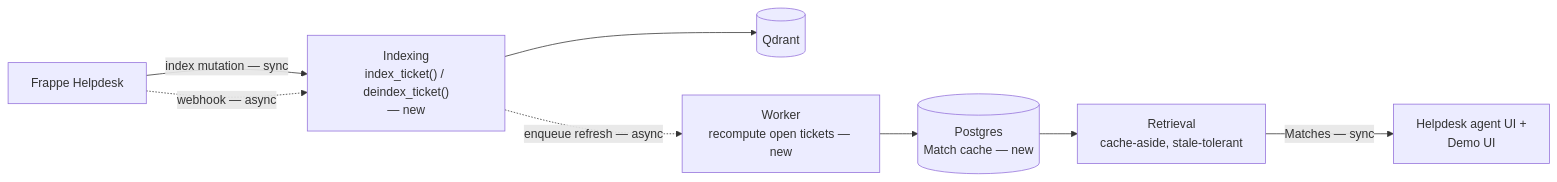
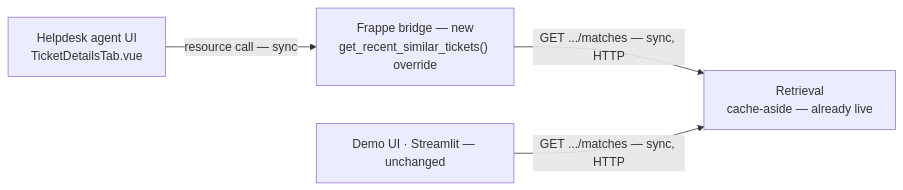
The diagram in docs/PROPOSED_ARCHITECTURE.md (arunjoyt/ticket-match-rag), drawn with Mermaid before and after one commit. The commit also changed other lines of this file and 3 other files, not shown here.

First line of the commit message:
Sync architecture docs to the implemented background-compute design

````diff
--- a/docs/PROPOSED_ARCHITECTURE.md
+++ b/docs/PROPOSED_ARCHITECTURE.md
@@ -11,10 +9,6 @@
 ```mermaid
 flowchart LR
-    HD["Frappe Helpdesk"] -->|"index mutation — sync"| IDX["Indexing<br/>index_ticket() / deindex_ticket()<br/>— new"]
-    HD -. "webhook — async" .-> IDX
-    IDX --> VS[("Qdrant")]
-    IDX -. "enqueue refresh — async" .-> WORKER["Worker<br/>recompute open tickets — new"]
-    WORKER --> PG[("Postgres<br/>Match cache — new")]
-    PG --> API["Retrieval<br/>cache-aside, stale-tolerant"]
-    API -->|"Matches — sync"| CONSUMERS["Helpdesk agent UI +<br/>Demo UI"]
+    HDUI["Helpdesk agent UI<br/>TicketDetailsTab.vue"] -->|"resource call — sync"| OVERRIDE["Frappe bridge — new<br/>get_recent_similar_tickets() override"]
+    OVERRIDE -->|"GET .../matches — sync, HTTP"| API["Retrieval<br/>cache-aside — already live"]
+    DEMOUI["Demo UI · Streamlit — unchanged"] -->|"GET .../matches — sync, HTTP"| API
 ```
````
